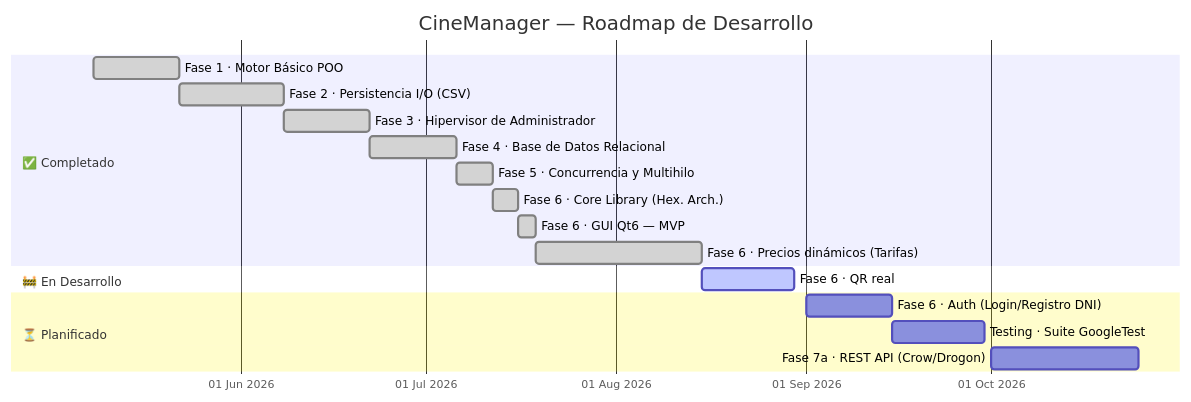
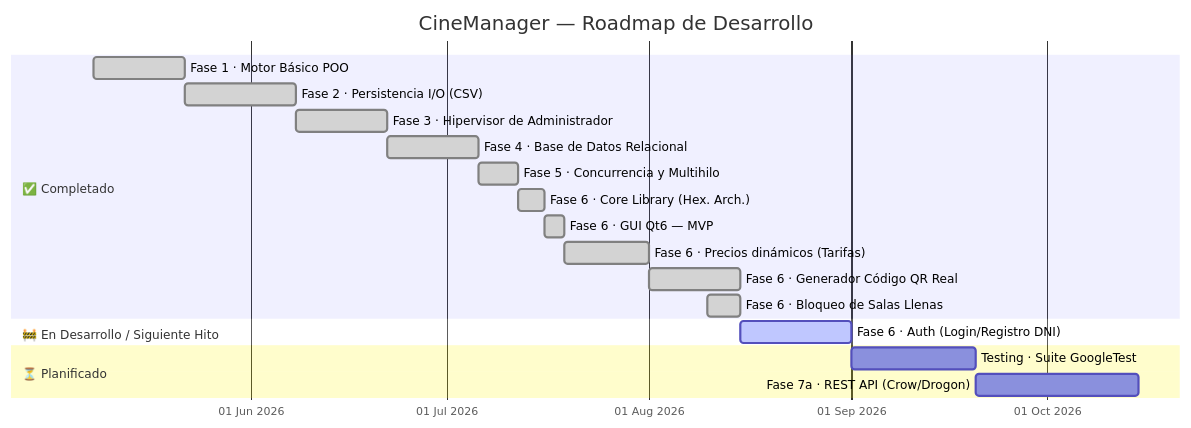
Before and after one commit to jorgebd21/CineManager: the diagram in docs/roadmap.md, drawn with Mermaid. The commit also changed other lines of this file and 1 other file, not shown here.

First line of the commit message:
docs: update technical documentation and roadmap for QR and full sessions

````diff
--- a/docs/roadmap.md
+++ b/docs/roadmap.md
@@ -9,24 +9,25 @@
 ```mermaid
 gantt
     title CineManager — Roadmap de Desarrollo
     dateFormat  YYYY-MM-DD
     axisFormat  %d %b %Y
 
     section ✅ Completado
     Fase 1 · Motor Básico POO             :done, f1,  2026-05-08, 2026-05-22
     Fase 2 · Persistencia I/O (CSV)       :done, f2,  2026-05-22, 2026-06-08
     Fase 3 · Hipervisor de Administrador  :done, f3,  2026-06-08, 2026-06-22
     Fase 4 · Base de Datos Relacional     :done, f4,  2026-06-22, 2026-07-06
     Fase 5 · Concurrencia y Multihilo     :done, f5,  2026-07-06, 2026-07-12
     Fase 6 · Core Library (Hex. Arch.)    :done, f6,  2026-07-12, 2026-07-16
     Fase 6 · GUI Qt6 — MVP               :done, f6a, 2026-07-16, 2026-07-19
-    Fase 6 · Precios dinámicos (Tarifas)  :done, f6b, 2026-07-19, 2026-08-15
+    Fase 6 · Precios dinámicos (Tarifas)  :done, f6b, 2026-07-19, 2026-08-01
+    Fase 6 · Generador Código QR Real    :done, f6c, 2026-08-01, 2026-08-15
+    Fase 6 · Bloqueo de Salas Llenas      :done, f6d, 2026-08-10, 2026-08-15
 
-    section 🚧 En Desarrollo
-    Fase 6 · QR real                      :active, f6c, 2026-08-15, 2026-08-30
+    section 🚧 En Desarrollo / Siguiente Hito
+    Fase 6 · Auth (Login/Registro DNI)    :active, f6e, 2026-08-15, 2026-09-01
 
     section ⏳ Planificado
-    Fase 6 · Auth (Login/Registro DNI)    :f6d,    2026-09-01, 2026-09-15
-    Testing · Suite GoogleTest            :f_test, 2026-09-15, 2026-09-30
-    Fase 7a · REST API (Crow/Drogon)      :f7a,    2026-10-01, 2026-10-25
+    Testing · Suite GoogleTest            :f_test, 2026-09-01, 2026-09-20
+    Fase 7a · REST API (Crow/Drogon)      :f7a,    2026-09-20, 2026-10-15
 ```
````
